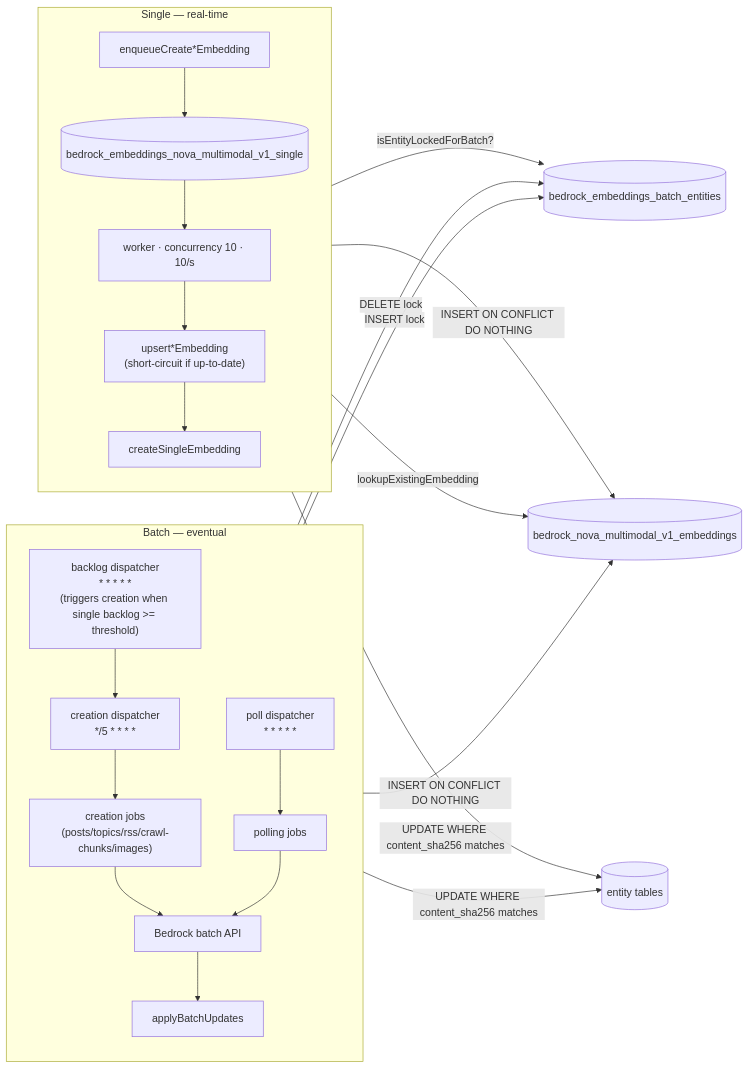
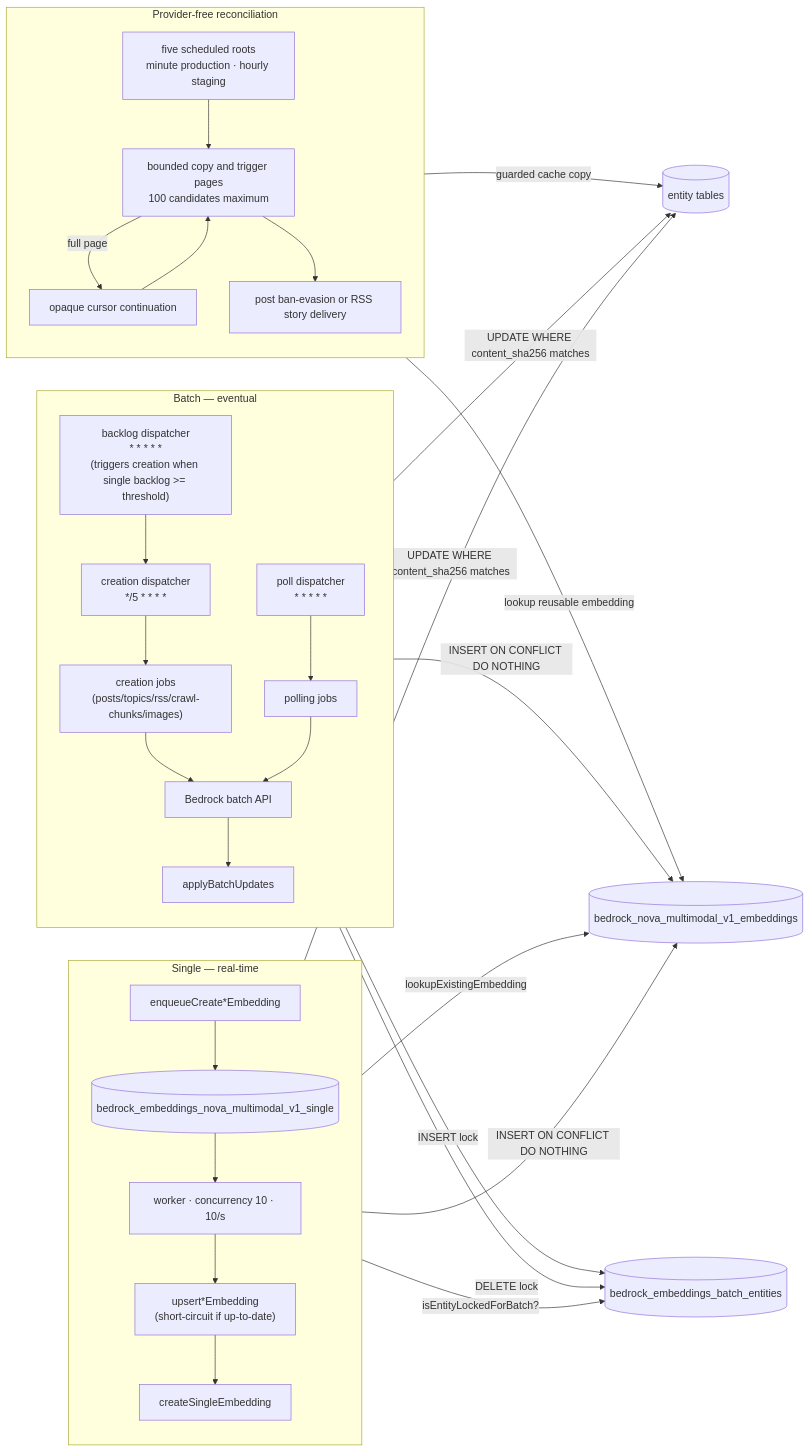
The first of 2 diagrams in docs/overview/architecture/bedrock-embeddings.md (vouchington/vouchington), drawn with Mermaid before and after one commit. The commit also changed other lines of this file and 67 other files, not shown here.

First line of the commit message:
fix(embeddings): reconcile cache and delivery independently of capacity

````diff
--- a/docs/overview/architecture/bedrock-embeddings.md
+++ b/docs/overview/architecture/bedrock-embeddings.md
@@ -7,27 +7,36 @@
 ```mermaid
 flowchart LR
   subgraph single ["Single — real-time"]
     direction TB
     EQ[enqueueCreate*Embedding] --> Q1[(bedrock_embeddings_nova_multimodal_v1_single)]
     Q1 --> W1[worker · concurrency 10 · 10/s]
     W1 --> US["upsert*Embedding\n(short-circuit if up-to-date)"]
     US --> CS[createSingleEmbedding]
   end
   subgraph batch ["Batch — eventual"]
     direction TB
     CD["creation dispatcher\n*/5 * * * *"] --> CJ["creation jobs\n(posts/topics/rss/crawl-chunks/images)"]
     PD["poll dispatcher\n* * * * *"] --> PJ[polling jobs]
     BD["backlog dispatcher\n* * * * *\n(triggers creation when single backlog >= threshold)"] --> CD
     CJ --> BR[Bedrock batch API]
     PJ --> BR
     BR --> AU[applyBatchUpdates]
   end
+  subgraph reconciliation ["Provider-free reconciliation"]
+    direction TB
+    RR["five scheduled roots<br/>minute production · hourly staging"] --> RP["bounded copy and trigger pages<br/>100 candidates maximum"]
+    RP -->|full page| RC[opaque cursor continuation]
+    RC --> RP
+    RP --> DT[post ban-evasion or RSS story delivery]
+  end
   CS -- "isEntityLockedForBatch?" --> LT[(bedrock_embeddings_batch_entities)]
   CS -- lookupExistingEmbedding --> CT[(bedrock_nova_multimodal_v1_embeddings)]
   CS -- INSERT ON CONFLICT DO NOTHING --> CT
   AU -- INSERT ON CONFLICT DO NOTHING --> CT
   AU -- UPDATE WHERE content_sha256 matches --> ET[(entity tables)]
   CS -- UPDATE WHERE content_sha256 matches --> ET
+  RP -- guarded cache copy --> ET
+  RP -- lookup reusable embedding --> CT
   CJ -- INSERT lock --> LT
   AU -- DELETE lock --> LT
 ```
````
